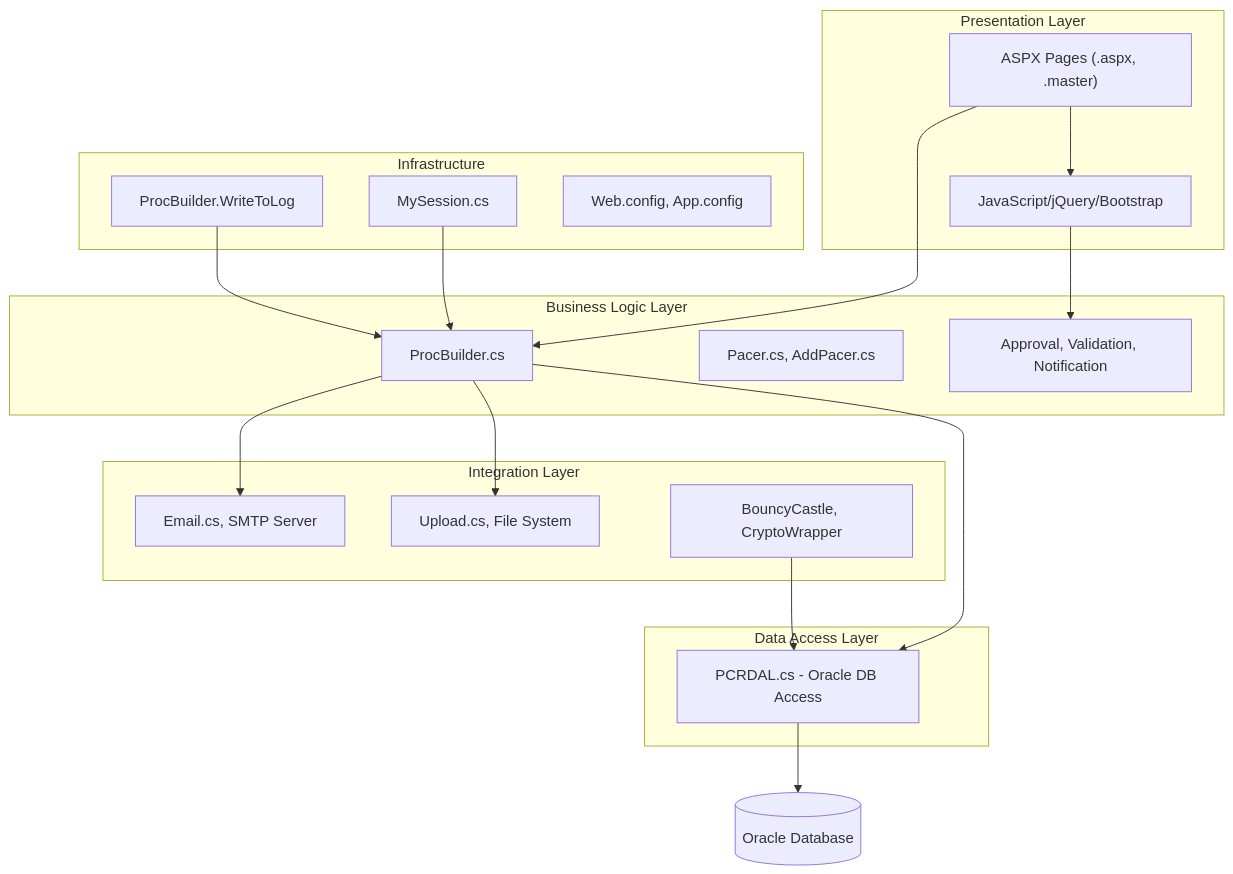
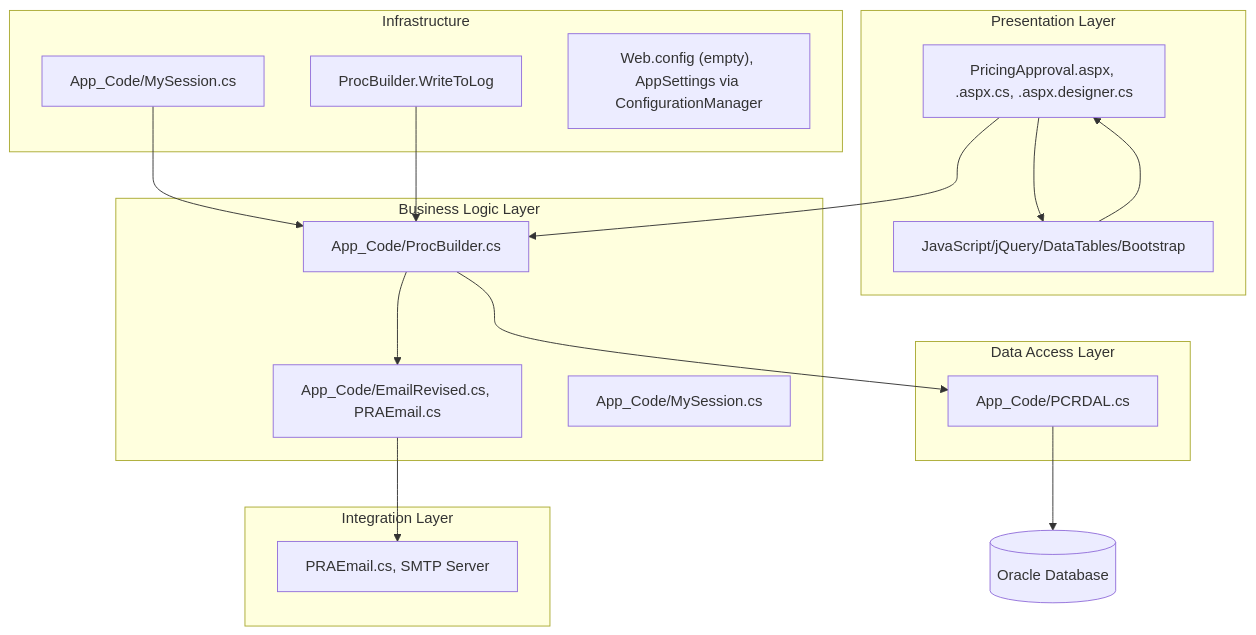
The first of 2 diagrams in Architecture.md (saniyakapur39/.NET_code_analyzer), drawn with Mermaid before and after one commit. The commit also changed other lines of this file, not shown here.

````diff
--- a/Architecture.md
+++ b/Architecture.md
@@ -28,40 +28,37 @@
 ```mermaid
 graph TD
 subgraph Presentation Layer
-    UI_ASPX["ASPX Pages (.aspx, .master)"]
-    JS["JavaScript/jQuery/Bootstrap"]
-    UI_ASPX --> JS
+UI_ASPX[PricingApproval.aspx, .aspx.cs, .aspx.designer.cs]
+JS[JavaScript/jQuery/DataTables/Bootstrap]
+UI_ASPX --> JS
 end
 
 subgraph Business Logic Layer
-    BL_ProcBuilder["ProcBuilder.cs"]
-    BL_Pacer["Pacer.cs, AddPacer.cs"]
-    BL_Workflows["Approval, Validation, Notification"]
+BL_ProcBuilder[App_Code/ProcBuilder.cs]
+BL_Email[App_Code/EmailRevised.cs, PRAEmail.cs]
+BL_Session[App_Code/MySession.cs]
 end
 
 subgraph Data Access Layer
-    DAL_PCRDAL["PCRDAL.cs - Oracle DB Access"]
+DAL_PCRDAL[App_Code/PCRDAL.cs]
 end
 
 subgraph Integration Layer
-    INT_Email["Email.cs, SMTP Server"]
-    INT_FileUpload["Upload.cs, File System"]
-    INT_Encryption["BouncyCastle, CryptoWrapper"]
+INT_Email[PRAEmail.cs, SMTP Server]
 end
 
 subgraph Infrastructure
-    INF_Session["MySession.cs"]
-    INF_Logging["ProcBuilder.WriteToLog"]
-    INF_Config["Web.config, App.config"]
+INF_Session[App_Code/MySession.cs]
+INF_Logging[ProcBuilder.WriteToLog]
+INF_Config["Web.config (empty)", AppSettings via ConfigurationManager]
 end
 
 UI_ASPX --> BL_ProcBuilder
-JS --> BL_Workflows
+JS --> UI_ASPX
 BL_ProcBuilder --> DAL_PCRDAL
-DAL_PCRDAL --> OracleDB[("Oracle Database")]
-BL_ProcBuilder --> INT_Email
-BL_ProcBuilder --> INT_FileUpload
-INT_Encryption --> DAL_PCRDAL
+DAL_PCRDAL --> OracleDB[(Oracle Database)]
+BL_ProcBuilder --> BL_Email
+BL_Email --> INT_Email
 INF_Session --> BL_ProcBuilder
 INF_Logging --> BL_ProcBuilder
 ```
````
